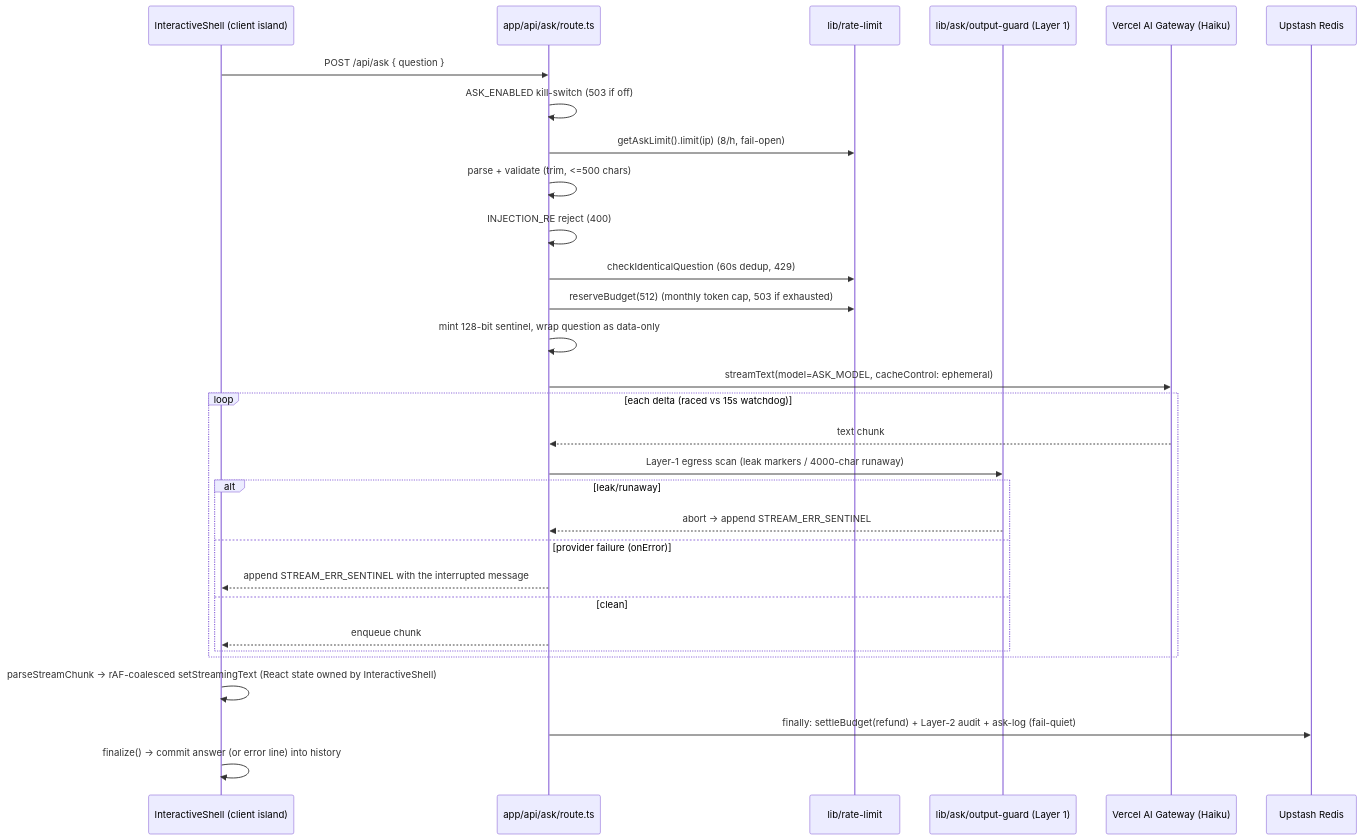
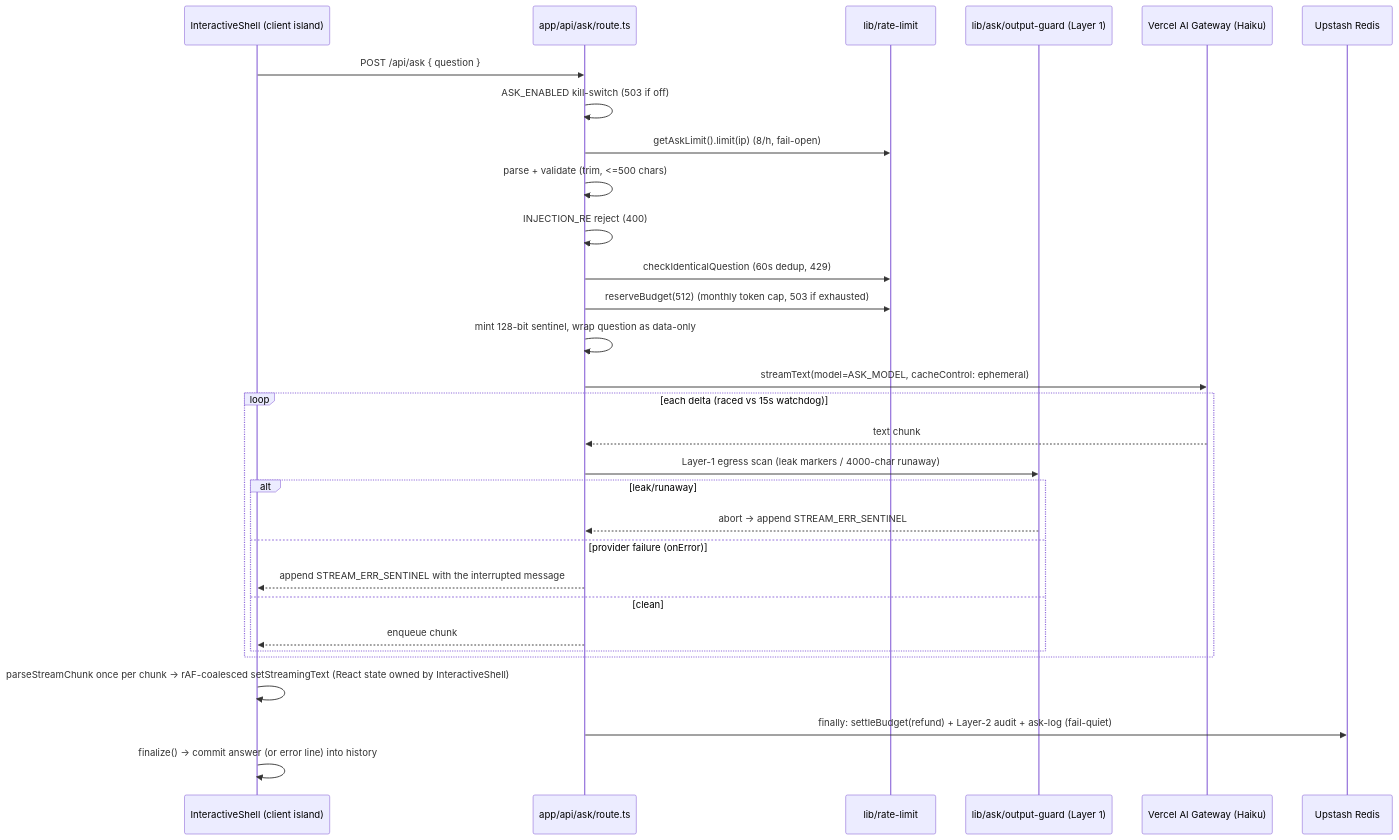
Before and after one commit to erikunha/portfolio: the fourth of 6 diagrams in docs/03-rendering-and-data-flow.md, drawn with Mermaid. The commit also changed other lines of this file and 13 other files, not shown here.

````diff
--- a/docs/03-rendering-and-data-flow.md
+++ b/docs/03-rendering-and-data-flow.md
@@ -127,33 +127,33 @@
 ```mermaid
 sequenceDiagram
     participant U as InteractiveShell (client island)
     participant R as app/api/ask/route.ts
     participant RL as lib/rate-limit
     participant G as lib/ask/output-guard (Layer 1)
     participant AI as Vercel AI Gateway (Haiku)
     participant KV as Upstash Redis
 
     U->>R: POST /api/ask { question }
     R->>R: ASK_ENABLED kill-switch (503 if off)
     R->>RL: getAskLimit().limit(ip)  (8/h, fail-open)
     R->>R: parse + validate (trim, <=500 chars)
     R->>R: INJECTION_RE reject (400)
     R->>RL: checkIdenticalQuestion (60s dedup, 429)
     R->>RL: reserveBudget(512)  (monthly token cap, 503 if exhausted)
     R->>R: mint 128-bit sentinel, wrap question as data-only
     R->>AI: streamText(model=ASK_MODEL, cacheControl: ephemeral)
     loop each delta (raced vs 15s watchdog)
         AI-->>R: text chunk
         R->>G: Layer-1 egress scan (leak markers / 4000-char runaway)
         alt leak/runaway
             G-->>R: abort -> append STREAM_ERR_SENTINEL
         else provider failure (onError)
             R-->>U: append STREAM_ERR_SENTINEL with the interrupted message
         else clean
             R-->>U: enqueue chunk
         end
     end
-    U->>U: parseStreamChunk -> rAF-coalesced setStreamingText (React state owned by InteractiveShell)
+    U->>U: parseStreamChunk once per chunk -> rAF-coalesced setStreamingText (React state owned by InteractiveShell)
     R->>KV: finally: settleBudget(refund) + Layer-2 audit + ask-log (fail-quiet)
     U->>U: finalize() -> commit answer (or error line) into history
 ```
````
